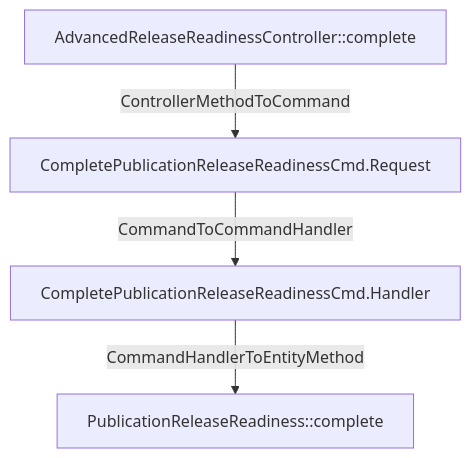
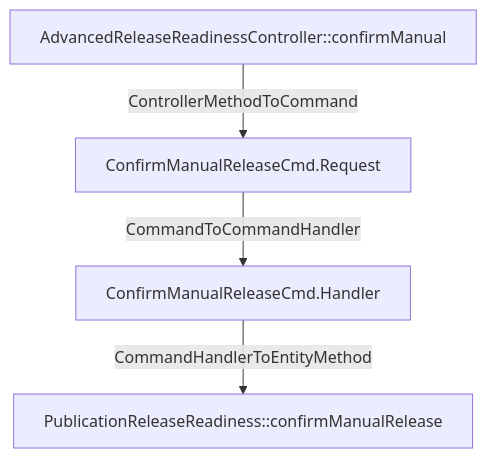
The diagram in analysis/flows/com_only4_cap4k_reference_contentstudio_adapter_http_AdvancedReleaseReadinessCon.mmd (LDmoxeii/cap4k-reference-content-studio), drawn with Mermaid before and after one commit. The commit also changed 27 other files, not shown here.

```diff
--- a/analysis/flows/com_only4_cap4k_reference_contentstudio_adapter_http_AdvancedReleaseReadinessCon.mmd
+++ b/analysis/flows/com_only4_cap4k_reference_contentstudio_adapter_http_AdvancedReleaseReadinessCon.mmd
@@ -1,8 +1,8 @@
 flowchart TD
-  N1[AdvancedReleaseReadinessController::complete]
-  N2[CompletePublicationReleaseReadinessCmd.Handler]
-  N3[CompletePublicationReleaseReadinessCmd.Request]
-  N4[PublicationReleaseReadiness::complete]
+  N1[AdvancedReleaseReadinessController::confirmManual]
+  N2[ConfirmManualReleaseCmd.Handler]
+  N3[ConfirmManualReleaseCmd.Request]
+  N4[PublicationReleaseReadiness::confirmManualRelease]
   N1 -->|ControllerMethodToCommand| N3
   N2 -->|CommandHandlerToEntityMethod| N4
   N3 -->|CommandToCommandHandler| N2
```
